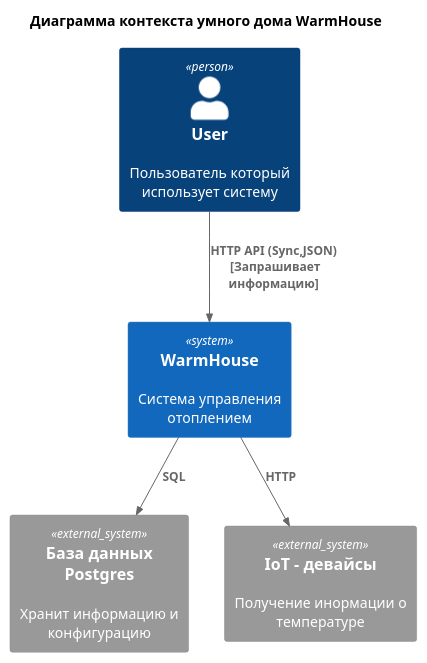
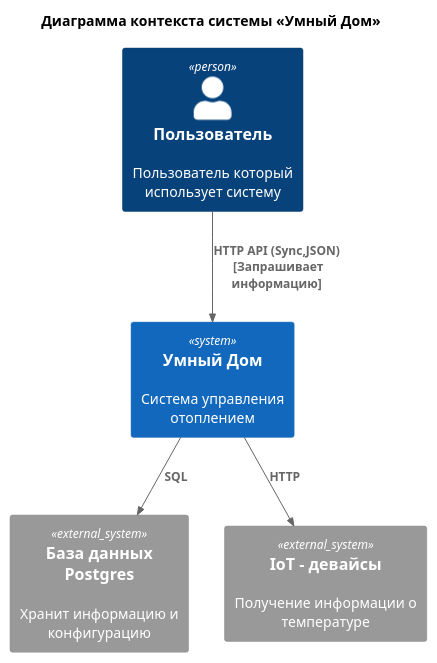
Before and after one commit to oleg-iva95/architecture-pro-warmhouse: the diagram in diagrams/monolite/context.puml, drawn with PlantUML. The commit also changed 12 other files, not shown here.

Commit message:
Задание 2. Доьавление диаграмм

```diff
--- a/diagrams/monolite/context.puml
+++ b/diagrams/monolite/context.puml
@@ -1,17 +1,17 @@
 @startuml
-title Диаграмма контекста умного дома WarmHouse
+title Диаграмма контекста системы «Умный Дом»
 
 top to bottom direction
 
 !includeurl https://raw.githubusercontent.com/RicardoNiepel/C4-PlantUML/master/C4_Component.puml
 
-Person(user, "User", "Пользователь который использует систему")
-System(WarmHouse, "WarmHouse", "Система управления отоплением")
+Person(user, "Пользователь", "Пользователь который использует систему")
+System(smarthome, "Умный Дом", "Система управления отоплением")
 
 System_Ext(DataBase, "База данных\nPostgres", "Хранит информацию и конфигурацию")
-System_Ext(IOT, "IoT - девайсы", "Получение инормации о температуре")
-Rel(user, WarmHouse, "HTTP API (Sync,JSON) \n [Запрашивает информацию]")
-Rel(WarmHouse,DataBase,"SQL")
-Rel(WarmHouse,IOT,"HTTP")
+System_Ext(IOT, "IoT - девайсы", "Получение информации о температуре")
+Rel(user, smarthome, "HTTP API (Sync,JSON) \n [Запрашивает информацию]")
+Rel(smarthome,DataBase,"SQL")
+Rel(smarthome,IOT,"HTTP")
 
 @enduml
```
